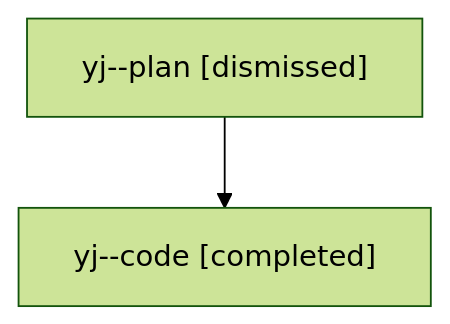
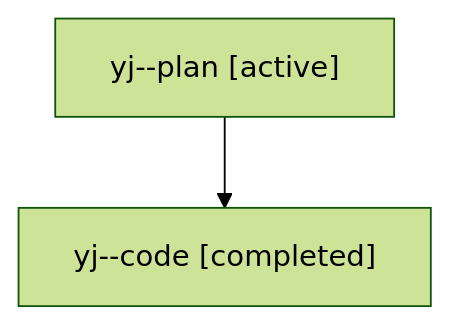
Before and after one commit to sase-org/sase--agents: the diagram in families/bbugyi200.athena.yj.md, drawn with Mermaid (forest theme). The commit also changed other lines of this file and 35830 other files, not shown here.

````diff
--- a/families/bbugyi200.athena.yj.md
+++ b/families/bbugyi200.athena.yj.md
@@ -9,6 +9,6 @@
 ```mermaid
 flowchart TD
-  n0["yj--plan [dismissed]"]
+  n0["yj--plan [active]"]
   n1["yj--code [completed]"]
   n0 --> n1
 ```
````
